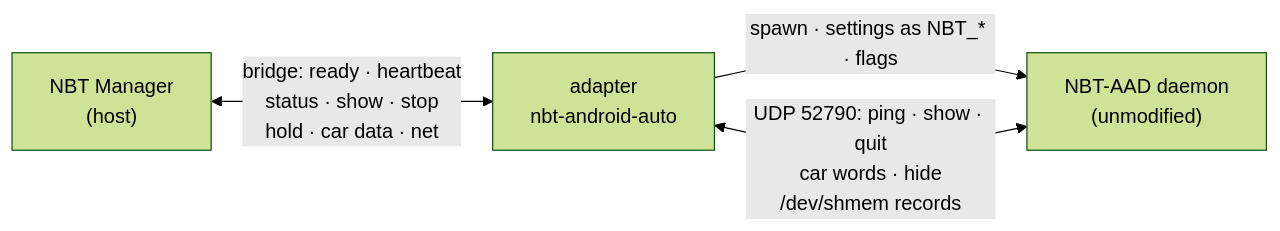
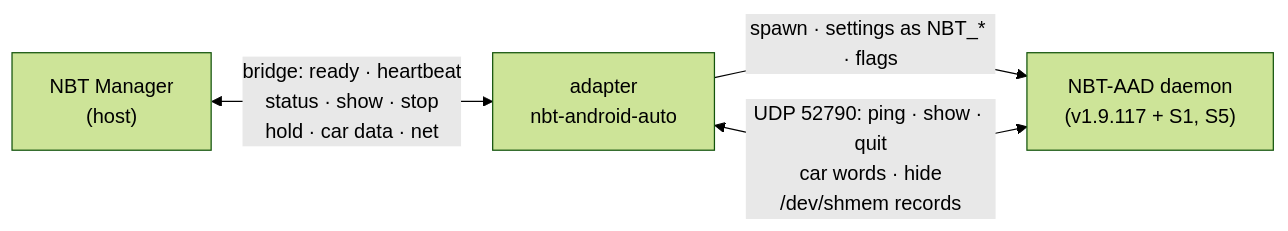
The diagram in README.md (NBTFoundry/nf-android-auto), drawn with Mermaid (forest theme) before and after one commit. The commit also changed other lines of this file and 3 other files, not shown here.

First line of the commit message:
Docs: the pinned NBT-AAD is our fork with two changes, not unmodified

````diff
--- a/README.md
+++ b/README.md
@@ -48,6 +52,6 @@
 ```mermaid
 flowchart LR
   MGR["NBT Manager<br/>(host)"] <-->|"bridge: ready · heartbeat<br/>status · show · stop<br/>hold · car data · net"| AD["adapter<br/>nbt-android-auto"]
-  AD -->|"spawn · settings as NBT_* · flags"| AAD["NBT-AAD daemon<br/>(unmodified)"]
+  AD -->|"spawn · settings as NBT_* · flags"| AAD["NBT-AAD daemon<br/>(v1.9.117 + S1, S5)"]
   AD <-->|"UDP 52790: ping · show · quit<br/>car words · hide<br/>/dev/shmem records"| AAD
 ```
````
